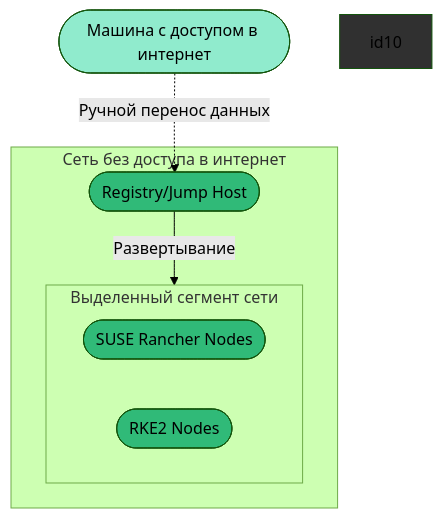
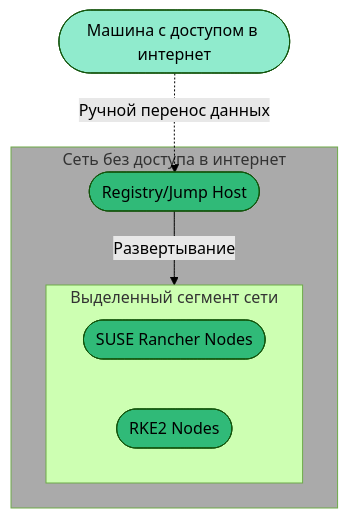
Before and after one commit to ppzhukov/airgap-10.2022: the diagram in README.md, drawn with Mermaid (forest theme).

````diff
--- a/README.md
+++ b/README.md
@@ -5,19 +5,19 @@
 ```mermaid
 flowchart TB
 style id1 fill:#90EBCD
 style id2 fill:#30BA78
 style id3 fill:#30BA78
 style id4 fill:#30BA78
-style id10 fill:#303030
+style d10 fill:#AAAAAA
 
   id1([Машина с доступом в интернет])
   id1 -.Ручной перенос данных.-> id2  
   subgraph d10 ["Сеть без доступа в интернет"]
     id2(["Registry/Jump Host"])
     id2 --> |Развертывание| d30
     subgraph d30 ["Выделенный сегмент сети"]
       id3([SUSE Rancher Nodes])
       id4([RKE2 Nodes])
     end
   end
 ```
````
